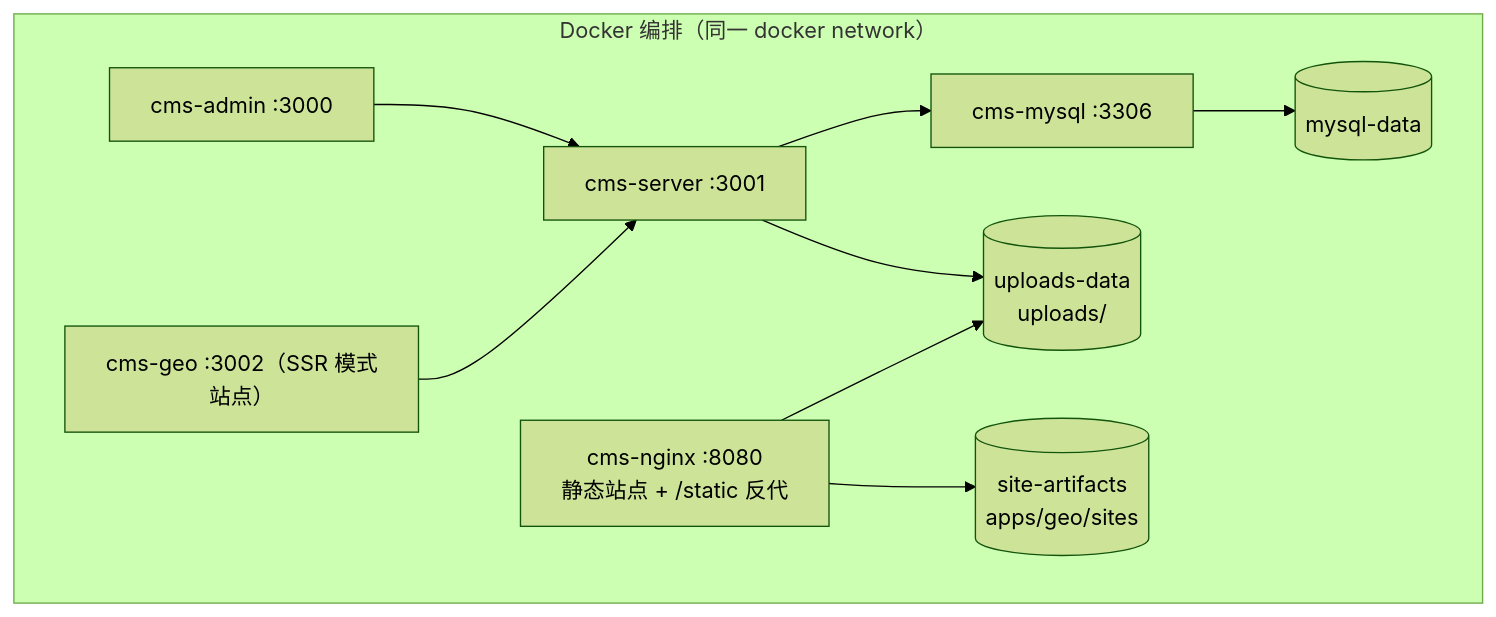
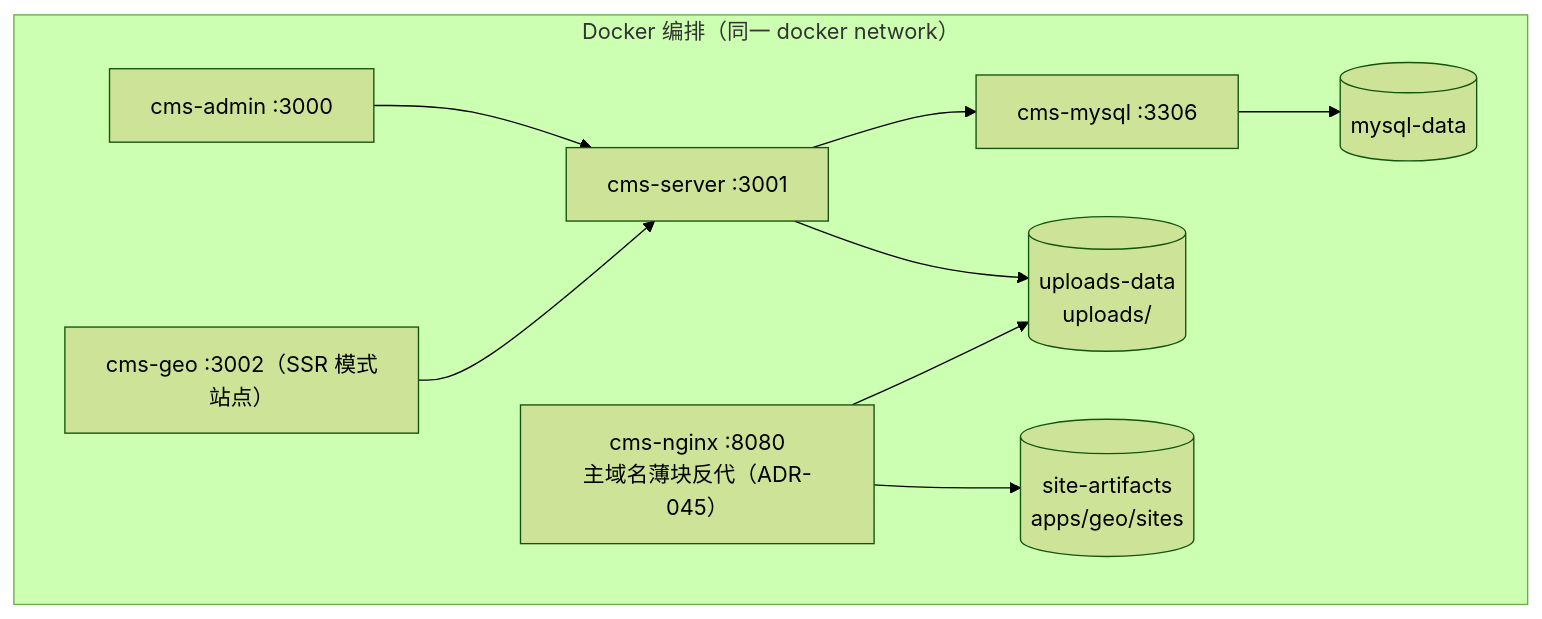
Before and after one commit to ht-sauce/trillion-cms-platform: the diagram in docs/spec/07-deployment.md, drawn with Mermaid (forest theme). The commit also changed other lines of this file and 30 other files, not shown here.

````diff
--- a/docs/spec/07-deployment.md
+++ b/docs/spec/07-deployment.md
@@ -37,21 +37,21 @@
 ```mermaid
 flowchart TB
   subgraph Docker["Docker 编排（同一 docker network）"]
-    NG["cms-nginx :8080<br/>静态站点 + /static 反代"]
+    NG["cms-nginx :8080<br/>主域名薄块反代（ADR-045）"]
     AD["cms-admin :3000"]
     SV["cms-server :3001"]
     GE["cms-geo :3002（SSR 模式站点）"]
     MY["cms-mysql :3306"]
     V1[("site-artifacts<br/>apps/geo/sites")]
     V2[("uploads-data<br/>uploads/")]
     V3[("mysql-data")]
   end
 
   AD --> SV
   GE --> SV
   SV --> MY
   SV --> V2
   NG --> V1
   NG --> V2
   MY --> V3
 ```
````
